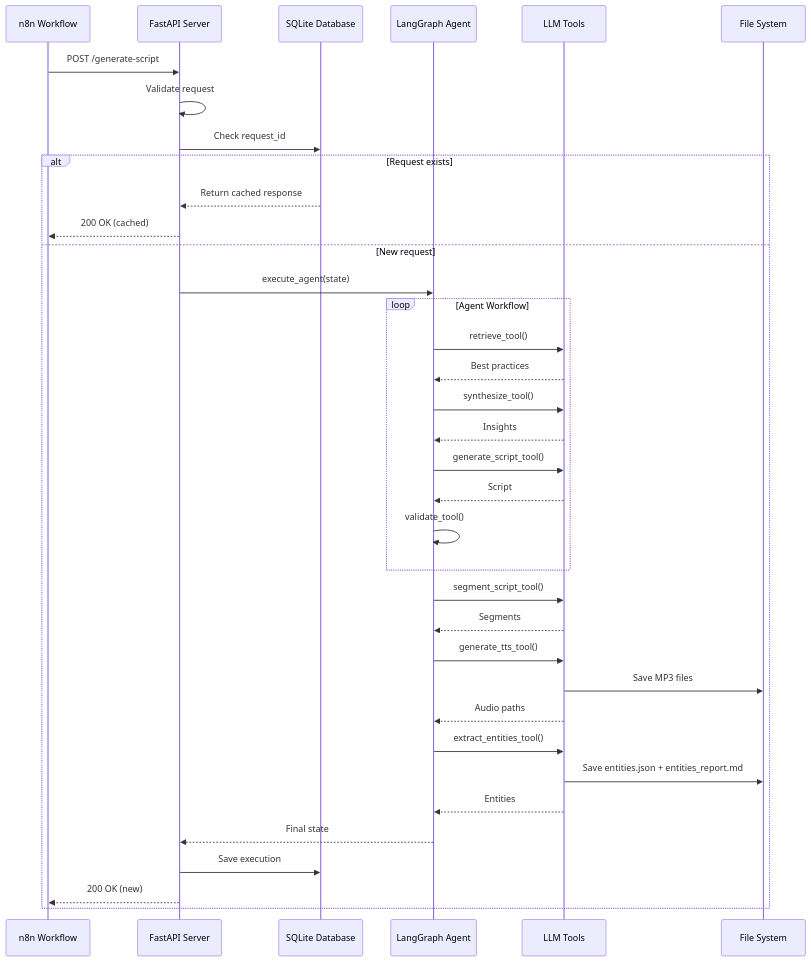
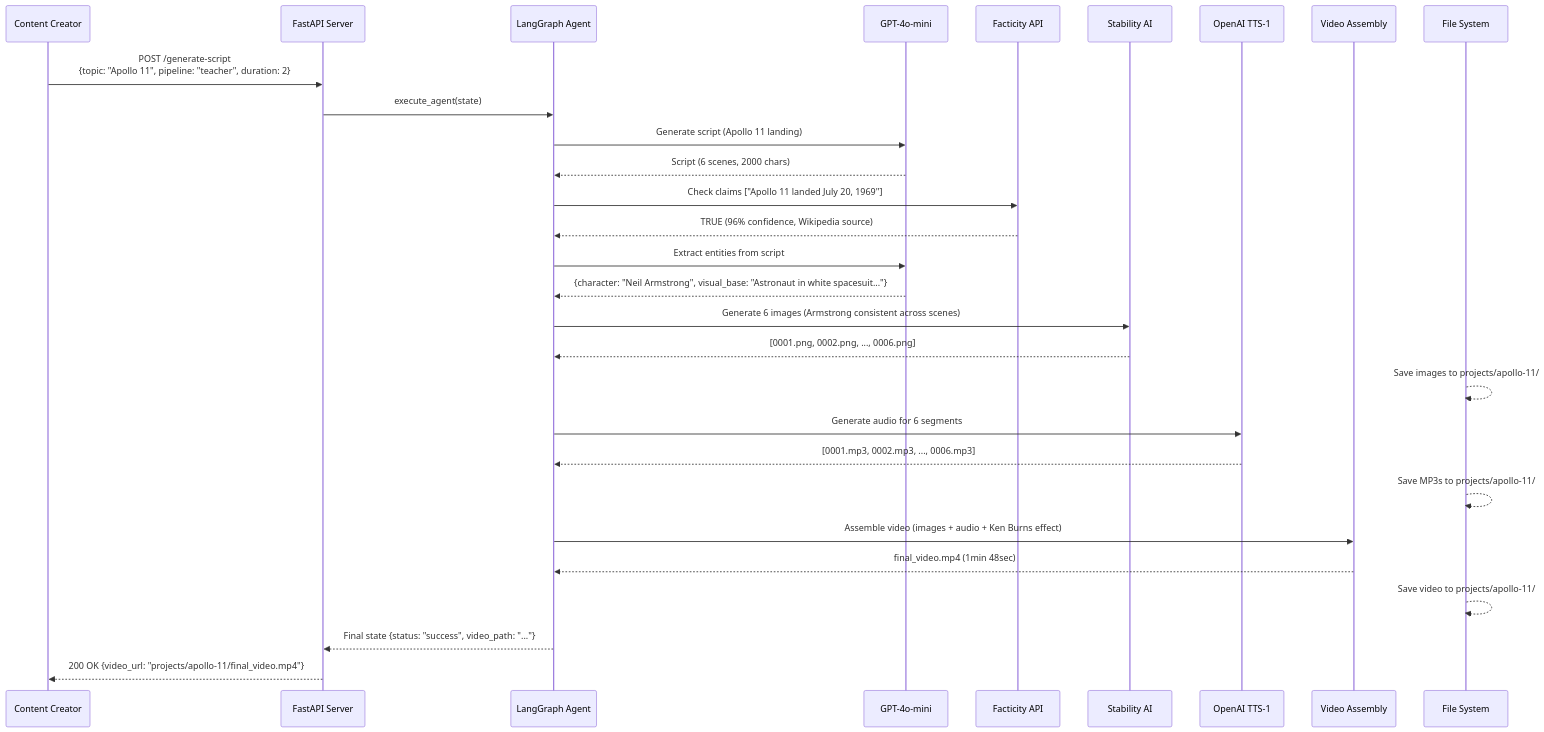
The fifth of 5 diagrams in README.md (Artempsl/generate_script), drawn with Mermaid before and after one commit. The commit also changed other lines of this file and 583 other files, not shown here.

````diff
--- a/README.md
+++ b/README.md
@@ -195,42 +359,39 @@
 ```mermaid
 sequenceDiagram
-    participant N8N as n8n Workflow
+    participant User as Content Creator
     participant API as FastAPI Server
-    participant DB as SQLite Database
     participant Graph as LangGraph Agent
-    participant Tools as LLM Tools
+    participant GPT as GPT-4o-mini
+    participant Facticity as Facticity API
+    participant Stability as Stability AI
+    participant TTS as OpenAI TTS-1
+    participant MoviePy as Video Assembly
     participant Storage as File System
     
-    N8N->>API: POST /generate-script
-    API->>API: Validate request
-    API->>DB: Check request_id
-    alt Request exists
-        DB-->>API: Return cached response
-        API-->>N8N: 200 OK (cached)
-    else New request
-        API->>Graph: execute_agent(state)
-        
-        loop Agent Workflow
-            Graph->>Tools: retrieve_tool()
-            Tools-->>Graph: Best practices
-            Graph->>Tools: synthesize_tool()
-            Tools-->>Graph: Insights
-            Graph->>Tools: generate_script_tool()
-            Tools-->>Graph: Script
-            Graph->>Graph: validate_tool()
-        end
-        
-        Graph->>Tools: segment_script_tool()
-        Tools-->>Graph: Segments
-        Graph->>Tools: generate_tts_tool()
-        Tools->>Storage: Save MP3 files
-        Tools-->>Graph: Audio paths
-        Graph->>Tools: extract_entities_tool()
-        Tools->>Storage: Save entities.json + entities_report.md
-        Tools-->>Graph: Entities
-        
-        Graph-->>API: Final state
-        API->>DB: Save execution
-        API-->>N8N: 200 OK (new)
-    end
+    User->>API: POST /generate-script<br/>{topic: "Apollo 11", pipeline: "teacher", duration: 2}
+    API->>Graph: execute_agent(state)
+    
+    Graph->>GPT: Generate script (Apollo 11 landing)
+    GPT-->>Graph: Script (6 scenes, 2000 chars)
+    
+    Graph->>Facticity: Check claims ["Apollo 11 landed July 20, 1969"]
+    Facticity-->>Graph: TRUE (96% confidence, Wikipedia source)
+    
+    Graph->>GPT: Extract entities from script
+    GPT-->>Graph: {character: "Neil Armstrong", visual_base: "Astronaut in white spacesuit..."}
+    
+    Graph->>Stability: Generate 6 images (Armstrong consistent across scenes)
+    Stability-->>Graph: [0001.png, 0002.png, ..., 0006.png]
+    Storage-->>Storage: Save images to projects/apollo-11/
+    
+    Graph->>TTS: Generate audio for 6 segments
+    TTS-->>Graph: [0001.mp3, 0002.mp3, ..., 0006.mp3]
+    Storage-->>Storage: Save MP3s to projects/apollo-11/
+    
+    Graph->>MoviePy: Assemble video (images + audio + Ken Burns effect)
+    MoviePy-->>Graph: final_video.mp4 (1min 48sec)
+    Storage-->>Storage: Save video to projects/apollo-11/
+    
+    Graph-->>API: Final state {status: "success", video_path: "..."}
+    API-->>User: 200 OK {video_url: "projects/apollo-11/final_video.mp4"}
 ```
````
